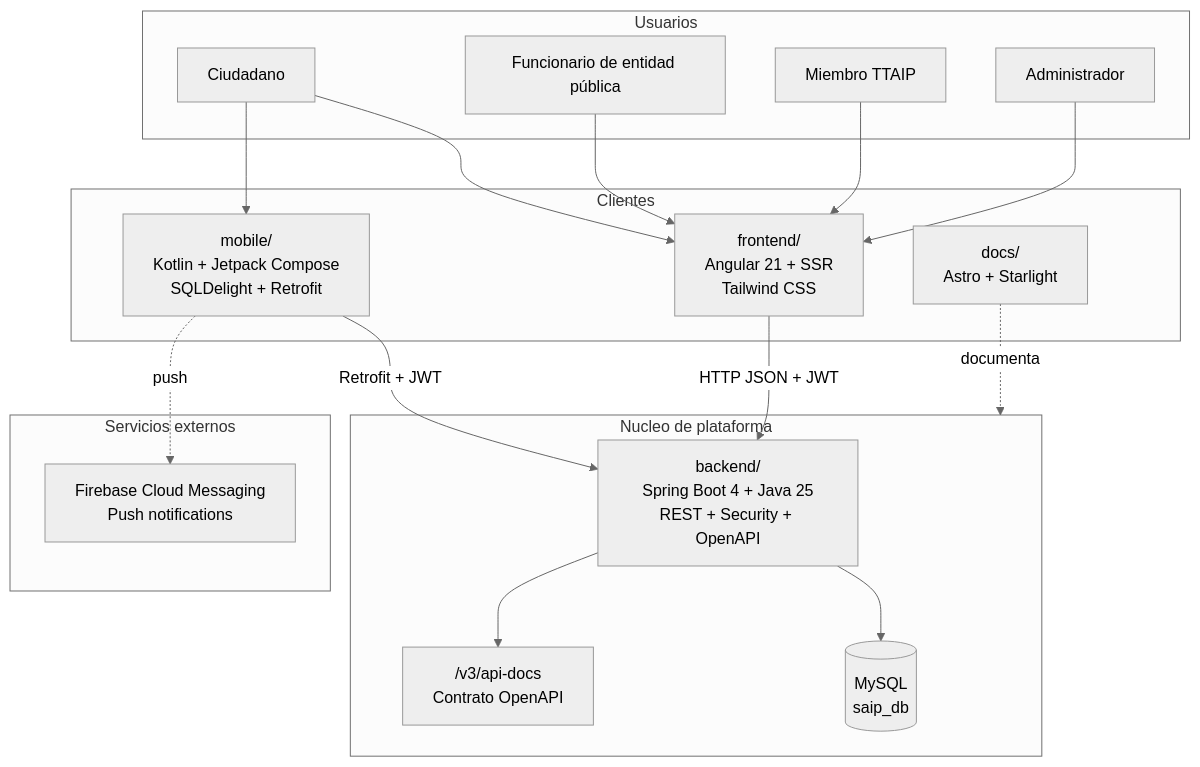
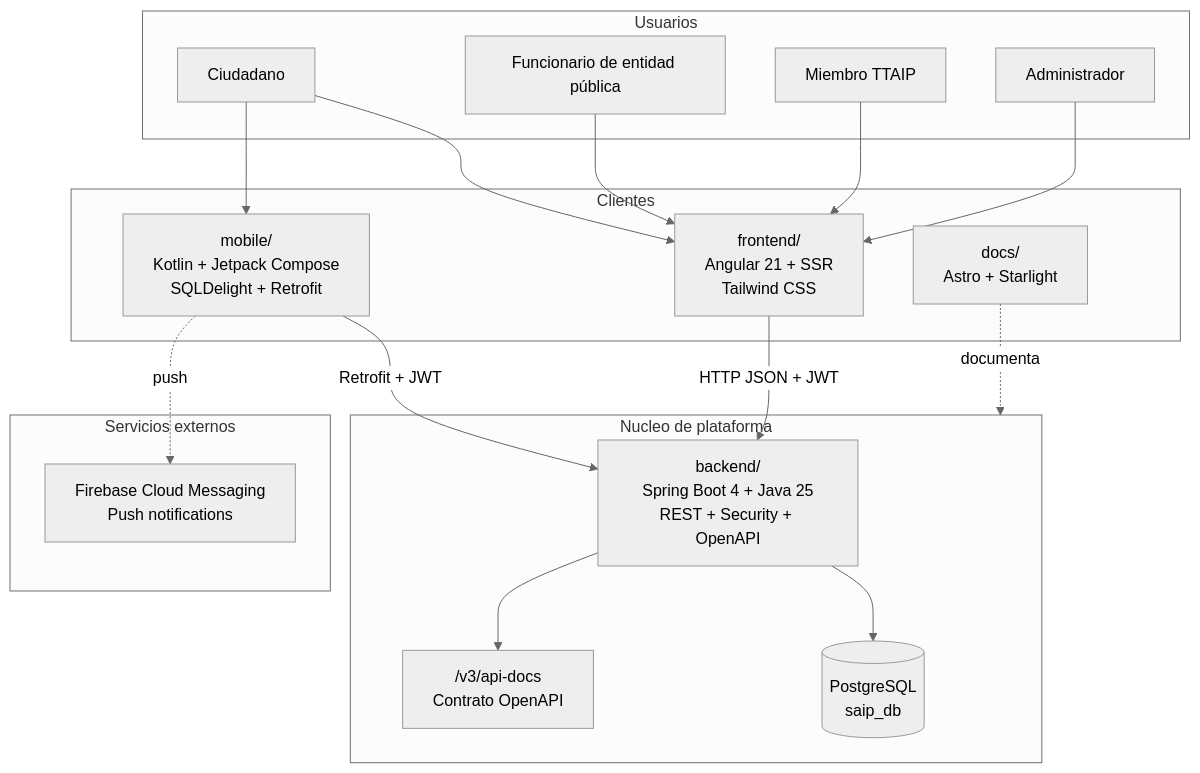
One commit to transparenciapublicadev/plataforma-saip-apelaciones changed the first of 9 diagrams in README.md. Above: the diagram before and after it, drawn with Mermaid (neutral theme). The commit also changed other lines of this file and 18 other files, not shown here.

Commit message:
📝 docs: update all documentation for PostgreSQL as default runtime

````diff
--- a/README.md
+++ b/README.md
@@ -54,38 +54,38 @@
 ```mermaid
 flowchart TB
     subgraph Users["Usuarios"]
         Citizen["Ciudadano"]
         Officer["Funcionario de entidad pública"]
         Tribunal["Miembro TTAIP"]
         Admin["Administrador"]
     end
 
     subgraph Clients["Clientes"]
         Web["frontend/\nAngular 21 + SSR\nTailwind CSS"]
         Android["mobile/\nKotlin + Jetpack Compose\nSQLDelight + Retrofit"]
         Docs["docs/\nAstro + Starlight"]
     end
 
     subgraph Platform["Nucleo de plataforma"]
         API["backend/\nSpring Boot 4 + Java 25\nREST + Security + OpenAPI"]
-        DB[("MySQL\nsaip_db")]
+        DB[("PostgreSQL\nsaip_db")]
         OpenAPI["/v3/api-docs\nContrato OpenAPI"]
     end
 
     subgraph External["Servicios externos"]
         Firebase["Firebase Cloud Messaging\nPush notifications"]
     end
 
     Citizen --> Web
     Officer --> Web
     Tribunal --> Web
     Admin --> Web
     Citizen --> Android
 
     Web -->|HTTP JSON + JWT| API
     Android -->|Retrofit + JWT| API
     API --> DB
     API --> OpenAPI
     Android -. push .-> Firebase
     Docs -. documenta .-> Platform
 ```
````
